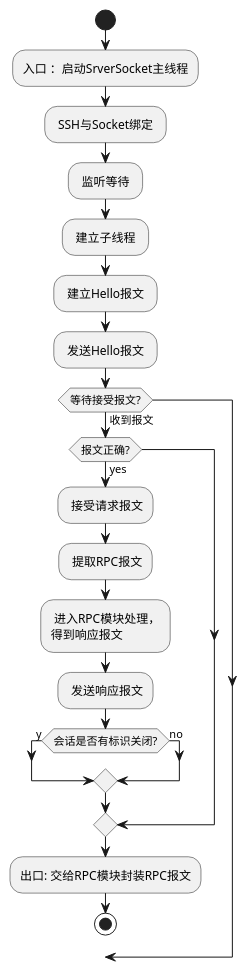
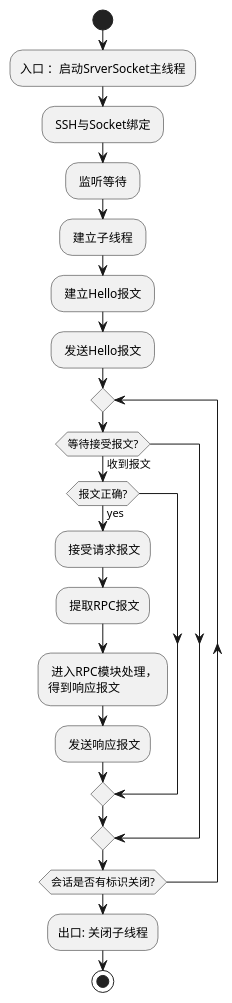
Before and after one commit to tonydeng/sdn-handbook: the diagram in puml/netconf-implementation-process.puml, drawn with PlantUML.

Commit message:
:hammer: refactor(1.0): 调整netconf实现流程uml

```diff
--- a/puml/netconf-implementation-process.puml
+++ b/puml/netconf-implementation-process.puml
@@ -1,23 +1,23 @@
 @startuml
 start
 
 :入口 ：启动SrverSocket主线程;
 : SSH与Socket绑定 ;
 : 监听等待 ;
 : 建立子线程 ;
 : 建立Hello报文 ;
 : 发送Hello报文 ;
+repeat
 if (等待接受报文?) then (收到报文)
     if (报文正确?) then (yes)
         : 接受请求报文;
         : 提取RPC报文;
         : 进入RPC模块处理，\n得到响应报文;
         : 发送响应报文;
-        if (会话是否有标识关闭?) then (y)
-        else (no)
     endif
 endif
+repeat while (会话是否有标识关闭?)
 
-:出口: 交给RPC模块封装RPC报文;
+:出口: 关闭子线程;
 stop
 @enduml
```
